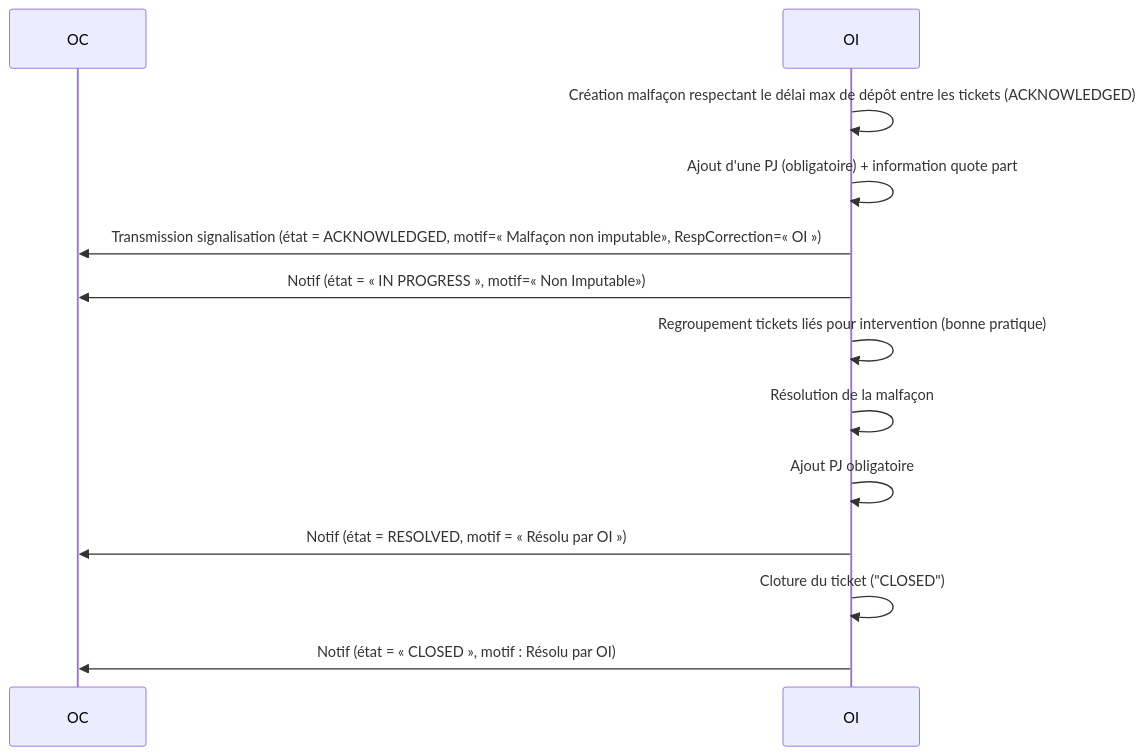
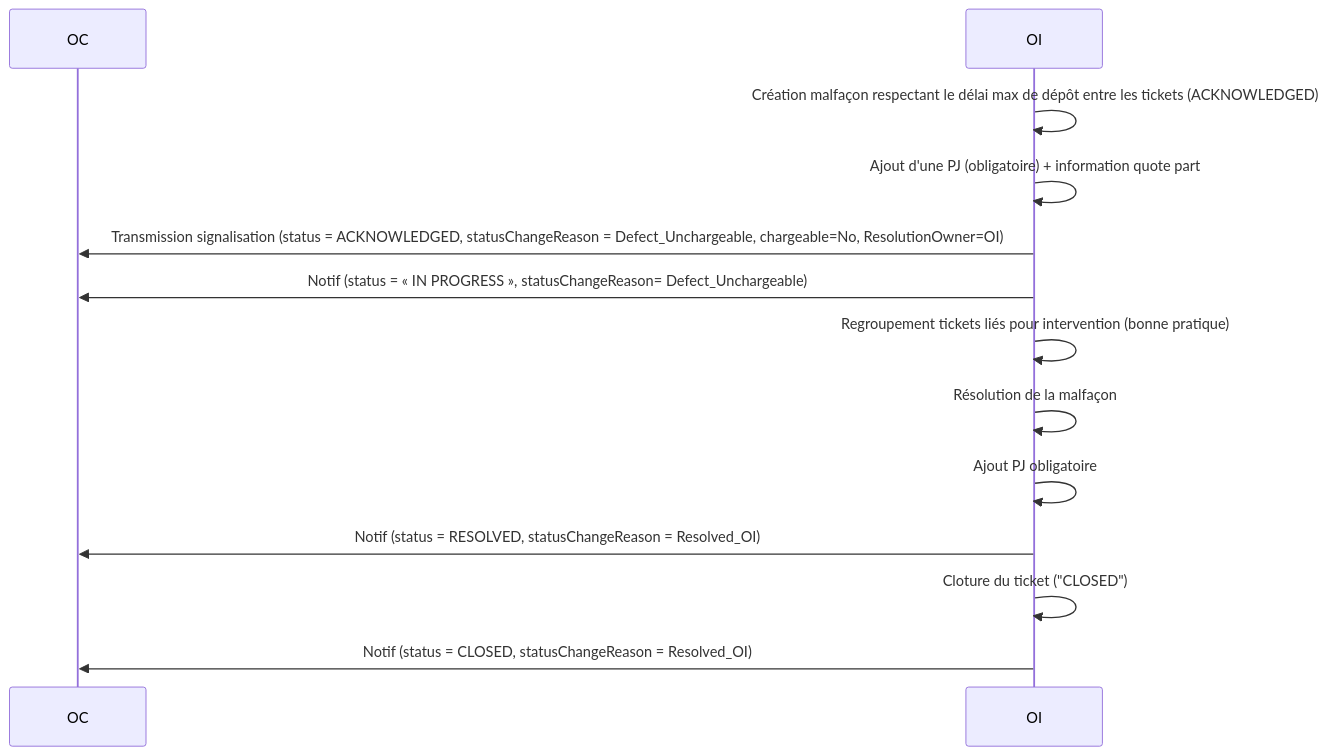
The third of 14 diagrams in README.md (before-interop/malfacon), drawn with Mermaid before and after one commit. The commit also changed other lines of this file and 1 other file, not shown here.

````diff
--- a/README.md
+++ b/README.md
@@ -292,17 +285,17 @@
 ```mermaid
 sequenceDiagram
 
   participant OC
   participant OI
 
   OI->>OI: Création malfaçon respectant le délai max de dépôt entre les tickets (ACKNOWLEDGED)
   OI->>OI: Ajout d'une PJ (obligatoire) + information quote part
-  OI->>OC: Transmission signalisation (état = ACKNOWLEDGED, motif=« Malfaçon non imputable», RespCorrection=« OI »)
-  OI->>OC: Notif (état = « IN PROGRESS », motif=« Non Imputable»)
+  OI->>OC: Transmission signalisation (status = ACKNOWLEDGED, statusChangeReason = Defect_Unchargeable, chargeable=No, ResolutionOwner=OI)
+  OI->>OC: Notif (status = « IN PROGRESS », statusChangeReason= Defect_Unchargeable)
   OI->>OI: Regroupement tickets liés pour intervention (bonne pratique)
   OI->>OI: Résolution de la malfaçon
   OI->>OI: Ajout PJ obligatoire
-  OI->>OC: Notif (état = RESOLVED, motif = « Résolu par OI »)
+  OI->>OC: Notif (status = RESOLVED, statusChangeReason = Resolved_OI)
   OI->>OI: Cloture du ticket ("CLOSED")
-  OI->>OC: Notif (état = « CLOSED », motif : Résolu par OI)
+  OI->>OC: Notif (status = CLOSED, statusChangeReason = Resolved_OI)
 ```
````
